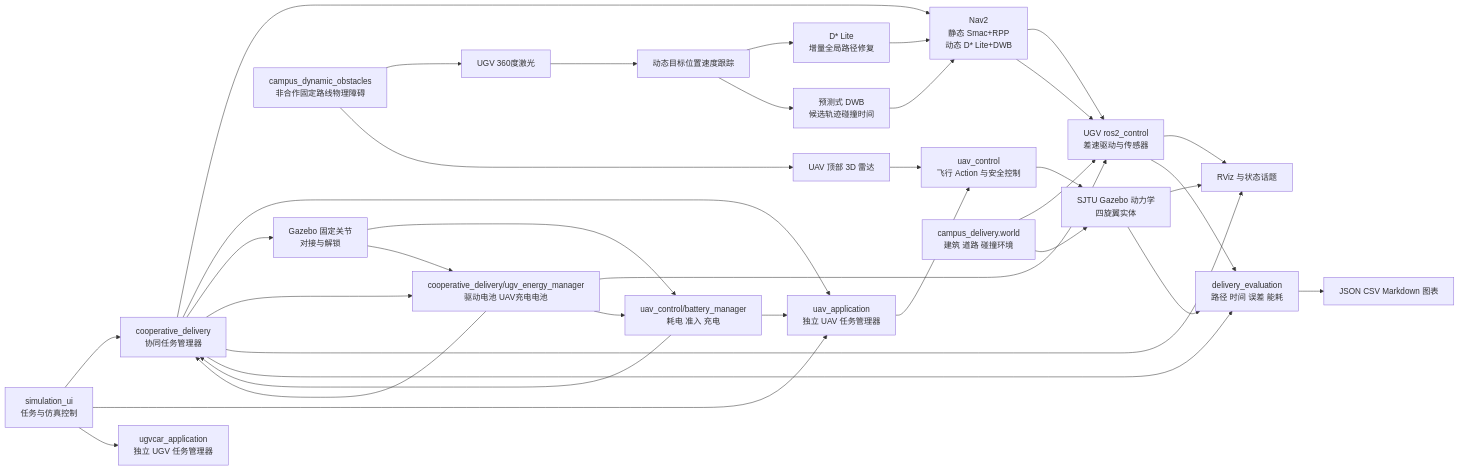
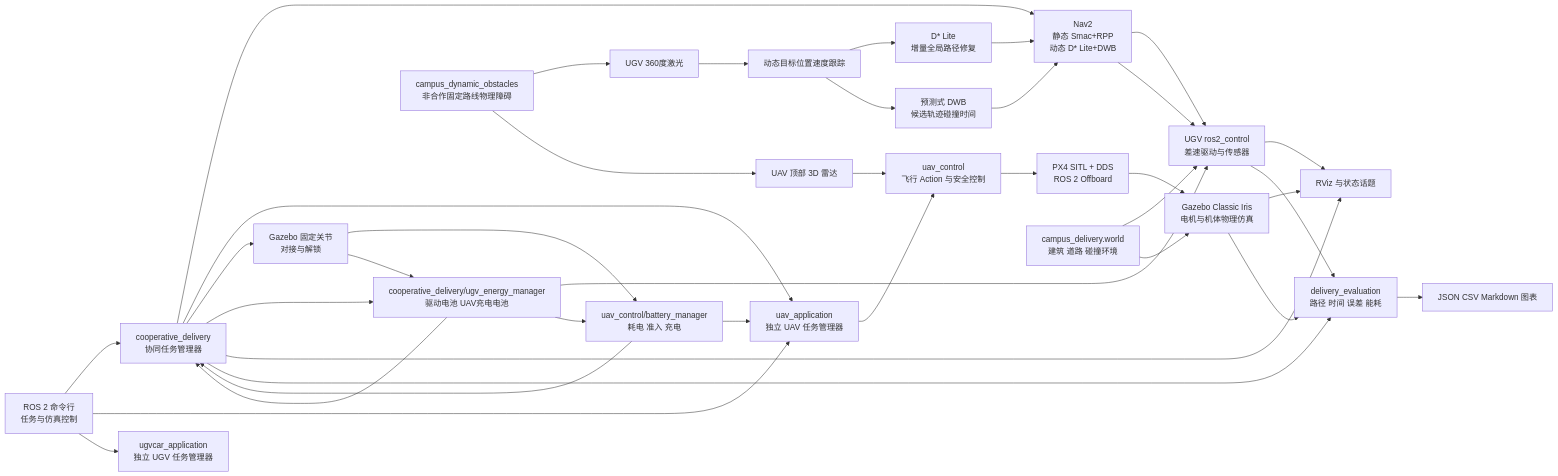
Before and after one commit to liyongqihhh/wqi_final: the second of 7 diagrams in wqi_final/docs/system_architecture.md, drawn with Mermaid. The commit also changed other lines of this file and 218 other files, not shown here.

````diff
--- a/wqi_final/docs/system_architecture.md
+++ b/wqi_final/docs/system_architecture.md
@@ -8,42 +52,43 @@
 ```mermaid
 flowchart LR
-    UI[simulation_ui<br/>任务与仿真控制] --> CM[cooperative_delivery<br/>协同任务管理器]
-    UI --> UA[uav_application<br/>独立 UAV 任务管理器]
-    UI --> GA[ugvcar_application<br/>独立 UGV 任务管理器]
+    CLI[ROS 2 命令行<br/>任务与仿真控制] --> CM[cooperative_delivery<br/>协同任务管理器]
+    CLI --> UA[uav_application<br/>独立 UAV 任务管理器]
+    CLI --> GA[ugvcar_application<br/>独立 UGV 任务管理器]
 
     CM --> NAV[Nav2<br/>静态 Smac+RPP<br/>动态 D* Lite+DWB]
     CM --> UA
     CM --> DOCK[Gazebo 固定关节<br/>对接与解锁]
 
     NAV --> UGV[UGV ros2_control<br/>差速驱动与传感器]
     UA --> FC[uav_control<br/>飞行 Action 与安全控制]
-    FC --> UAV[SJTU Gazebo 动力学<br/>四旋翼实体]
+    FC --> PX4[PX4 SITL + DDS<br/>ROS 2 Offboard]
+    PX4 --> UAV[Gazebo Classic Iris<br/>电机与机体物理仿真]
 
     BM[uav_control/battery_manager<br/>耗电 准入 充电] --> UA
     BM --> CM
     UGVBM[cooperative_delivery/ugv_energy_manager<br/>驱动电池 UAV充电电池] --> CM
     UGVBM --> UGV
     UGVBM --> BM
     CM --> UGVBM
     DOCK --> BM
     DOCK --> UGVBM
 
     WORLD[campus_delivery.world<br/>建筑 道路 碰撞环境] --> UGV
     WORLD --> UAV
     DYN[campus_dynamic_obstacles<br/>非合作固定路线物理障碍] --> US[UGV 360度激光]
     DYN --> AS[UAV 顶部 3D 雷达]
     US --> TRACK[动态目标位置速度跟踪]
     TRACK --> DSTAR[D* Lite<br/>增量全局路径修复]
     TRACK --> PDWA[预测式 DWB<br/>候选轨迹碰撞时间]
     DSTAR --> NAV
     PDWA --> NAV
     NAV --> UGV
     AS --> FC
     UGV --> VIZ[RViz 与状态话题]
     UAV --> VIZ
     CM --> VIZ
     UGV --> METRICS[delivery_evaluation<br/>路径 时间 误差 能耗]
     UAV --> METRICS
     CM --> METRICS
     METRICS --> REPORT[JSON CSV Markdown 图表]
 ```
````
